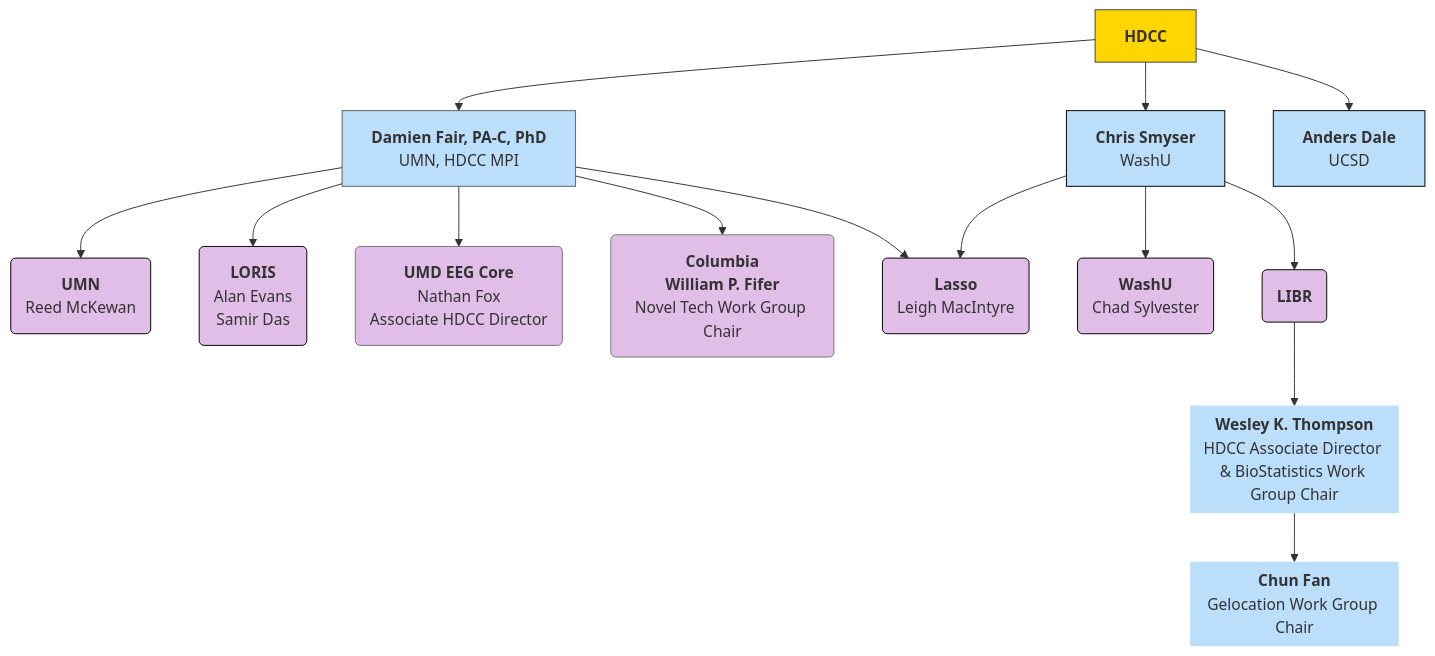
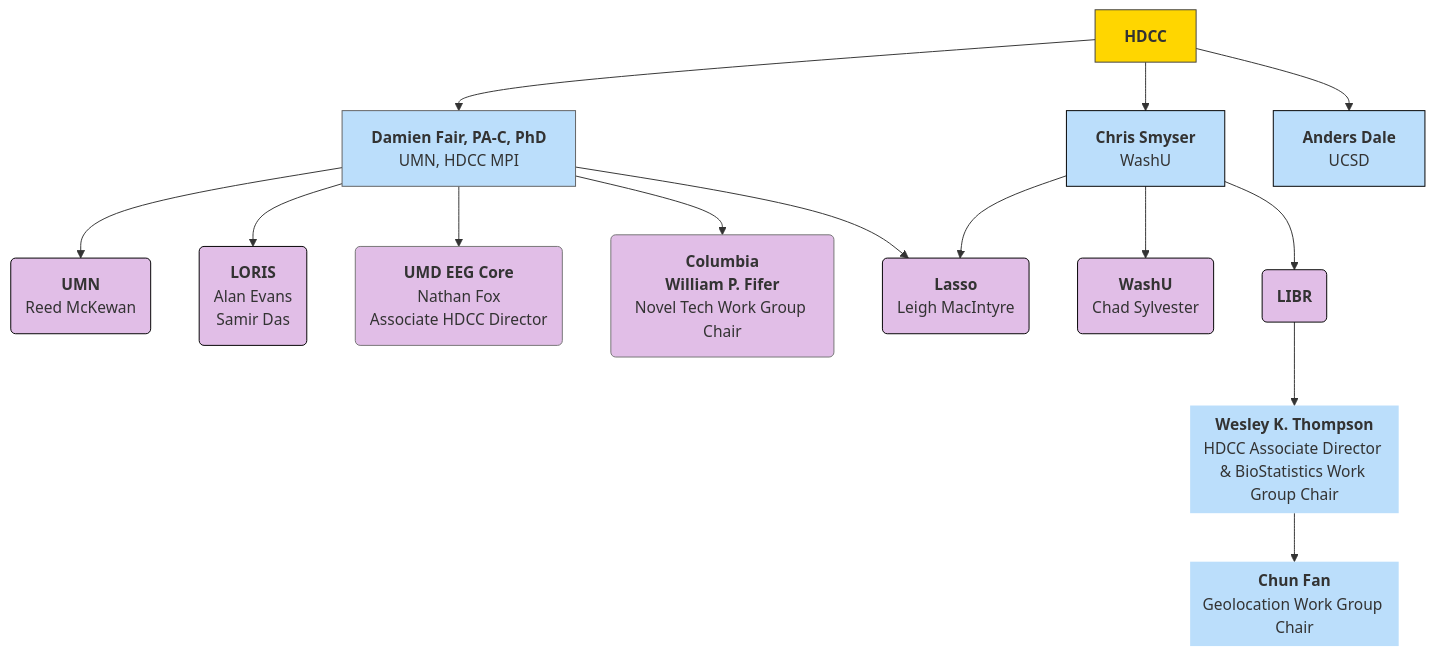
Before and after one commit to DCAN-Labs/hbcd-docs-internal: the first of 9 diagrams in docs/orgcharts.md, drawn with Mermaid.

````diff
--- a/docs/orgcharts.md
+++ b/docs/orgcharts.md
@@ -6,45 +6,45 @@
 ```mermaid
 ---
 config:
   layout: dagre
 ---
 flowchart TB
     A["<strong>HDCC</strong>"] --> E["<b>Damien Fair, PA-C, PhD</b><br>UMN, HDCC MPI"] & n1["<b>Chris Smyser</b><br>WashU"] & n2["<b>Anders Dale</b><br>UCSD"]
     E --> umn["<b>UMN</b><br>Reed McKewan"] & n7["<b>LORIS</b><br>Alan Evans<br>Samir Das"] & n8["<b>UMD EEG Core</b><br>Nathan Fox<br>Associate HDCC Director"] & n11["<b>Columbia</b><br><b>William P. Fifer</b><br>Novel Tech Work Group Chair"] & n15["<b>Lasso</b><br>Leigh MacIntyre"]
     n1 --> n10["<b>WashU</b><br>Chad Sylvester"] & n12["<b>LIBR</b>"] & n15
-    n16@{ label: "<span style=\"--tw-scale-x:\"><b>Wesley K. Thompson<br></b>HDCC Associate Director & BioStatistics Work Group Chair</span><br>" } --> n17@{ label: "<span style=\"color:\"><b>Chun Fan<br></b></span><span style=\"--tw-scale-x:\">Gelocation Work Group Chair</span><br style=\"--tw-scale-x:\">" }
+    n16@{ label: "<span style=\"--tw-scale-x:\"><b>Wesley K. Thompson<br></b>HDCC Associate Director & BioStatistics Work Group Chair</span><br>" } --> n17@{ label: "<span style=\"color:\"><b>Chun Fan<br></b></span><span style=\"--tw-scale-x:\">Geolocation Work Group Chair</span><br style=\"--tw-scale-x:\">" }
     n12 --> n16
     A@{ shape: rect}
     E@{ shape: rect}
     n1@{ shape: rect}
     n2@{ shape: rect}
     umn@{ shape: rounded}
     n7@{ shape: rounded}
     n8@{ shape: rounded}
     n11@{ shape: rounded}
     n15@{ shape: rounded}
     n10@{ shape: rounded}
     n12@{ shape: rounded}
     n16@{ shape: text}
     n17@{ shape: text}
     style A fill:#FFD600,stroke:#424242
     style E fill:#BBDEFB,stroke:#616161
     style n1 fill:#BBDEFB,stroke:#000000
     style n2 fill:#BBDEFB,stroke:#000000
     style umn fill:#E1BEE7,stroke:#000000
     style n7 fill:#E1BEE7,stroke:#000000
     style n8 fill:#E1BEE7,stroke:#757575
     style n11 fill:#E1BEE7,stroke:#757575
     style n15 fill:#E1BEE7,stroke:#000000
     style n10 fill:#E1BEE7,stroke:#000000
     style n12 fill:#E1BEE7,stroke:#000000
     style n16 fill:#BBDEFB
     style n17 fill:#BBDEFB
     click n2 "#ucsd"
     click umn "#university-of-minnesota"
     click n7 "#loris"
     click n8 "#umd-eeg-core"
     click n11 "#columbia-university"
     click n15 "#lasso"
     click n10 "#washu"
 ```
````
